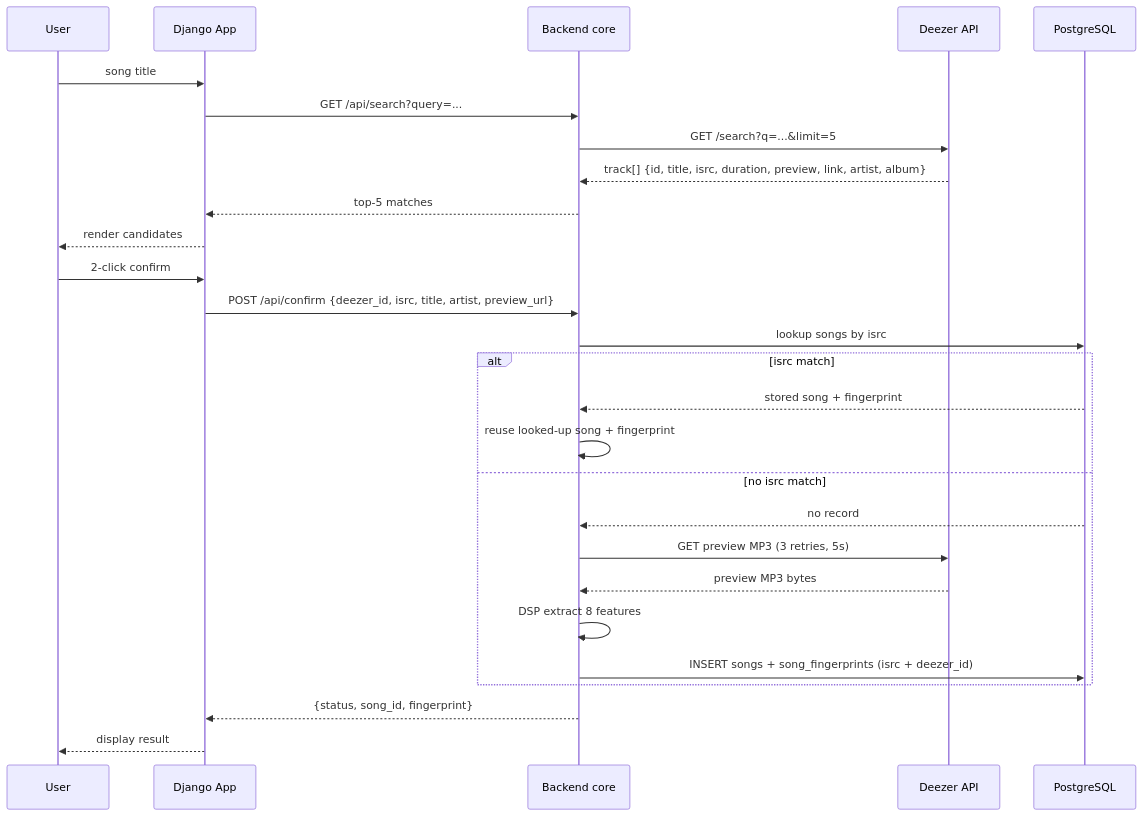
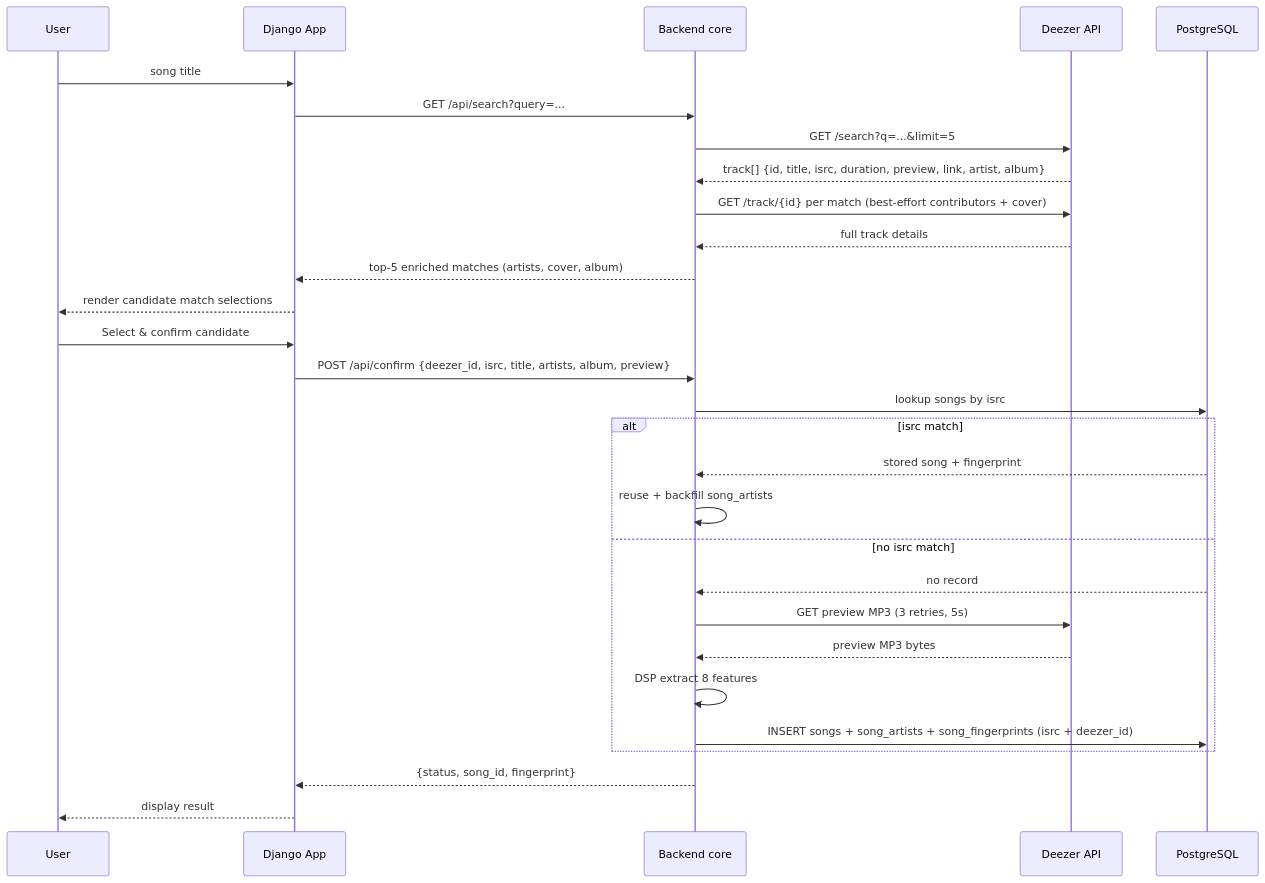
The second of 2 diagrams in docs/001-song-fingerprint-engine/api_flow.md (AhmedAl-Hayali/AgenticGenreGuru), drawn with Mermaid before and after one commit. The commit also changed other lines of this file and 4 other files, not shown here.

Commit message:
docs(api): capture track cover image & full contributors list in internal search & external deezer API outlines

````diff
--- a/docs/001-song-fingerprint-engine/api_flow.md
+++ b/docs/001-song-fingerprint-engine/api_flow.md
@@ -105,29 +112,31 @@
 ```mermaid
 sequenceDiagram
     participant User
     participant UI as Django App
     participant Core as Backend core
     participant DZ as Deezer API
     participant DB as PostgreSQL
     User->>UI: song title
     UI->>Core: GET /api/search?query=...
     Core->>DZ: GET /search?q=...&limit=5
     DZ-->>Core: track[] {id, title, isrc, duration, preview, link, artist, album}
-    Core-->>UI: top-5 matches
-    UI-->>User: render candidates
-    User->>UI: 2-click confirm
-    UI->>Core: POST /api/confirm {deezer_id, isrc, title, artist, preview_url}
+    Core->>DZ: GET /track/{id} per match (best-effort contributors + cover)
+    DZ-->>Core: full track details
+    Core-->>UI: top-5 enriched matches (artists, cover, album)
+    UI-->>User: render candidate match selections
+    User->>UI: Select & confirm candidate
+    UI->>Core: POST /api/confirm {deezer_id, isrc, title, artists, album, preview}
     Core->>DB: lookup songs by isrc
     alt isrc match
         DB-->>Core: stored song + fingerprint
-        Core->>Core: reuse looked-up song + fingerprint
+        Core->>Core: reuse + backfill song_artists
     else no isrc match
         DB-->>Core: no record
         Core->>DZ: GET preview MP3 (3 retries, 5s)
         DZ-->>Core: preview MP3 bytes
         Core->>Core: DSP extract 8 features
-        Core->>DB: INSERT songs + song_fingerprints (isrc + deezer_id)
+        Core->>DB: INSERT songs + song_artists + song_fingerprints (isrc + deezer_id)
     end
     Core-->>UI: {status, song_id, fingerprint}
     UI-->>User: display result
 ```
````
